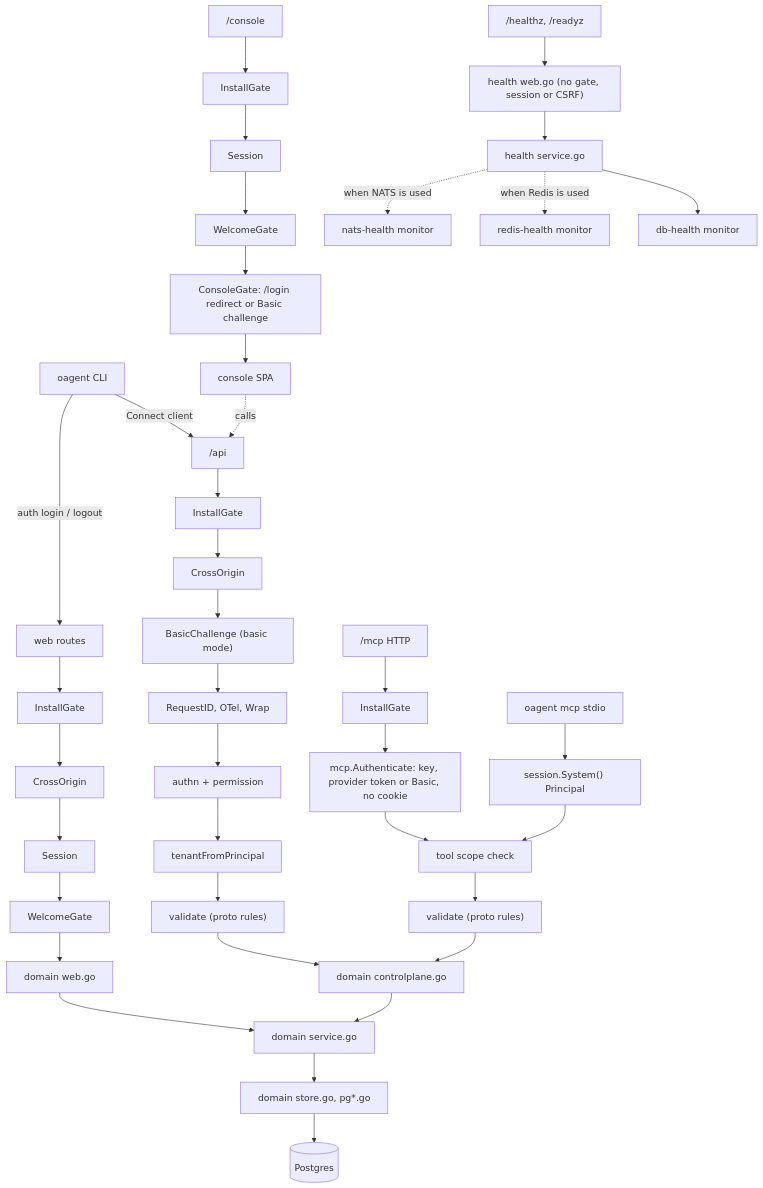
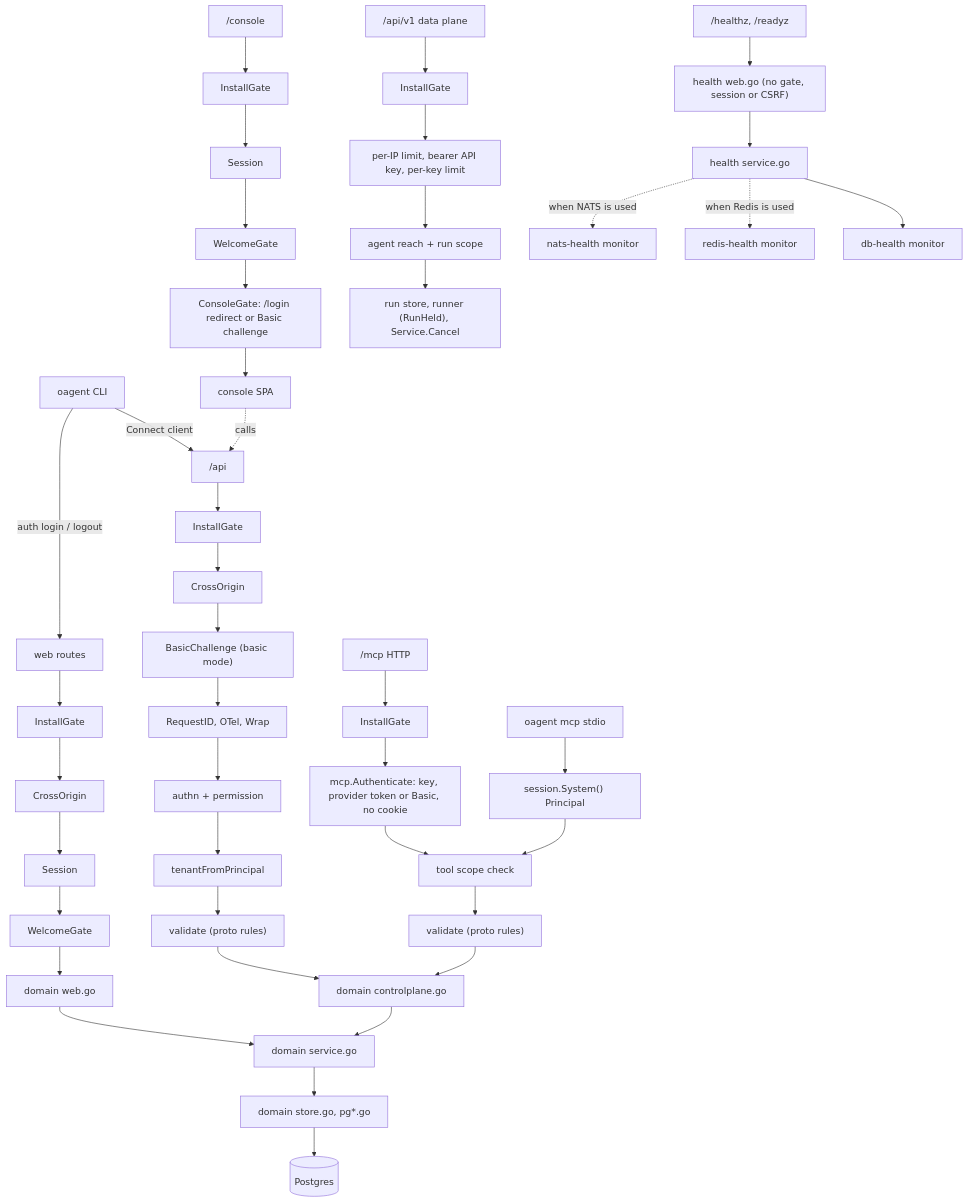
The second of 3 diagrams in internal/boot/README.md (altalune-id/oagent), drawn with Mermaid before and after one commit. The commit also changed other lines of this file and 159 other files, not shown here.

First line of the commit message:
feat(dataplane): stream agent turns over AG-UI SSE, add the thread viewer API and console (#69)

````diff
--- a/internal/boot/README.md
+++ b/internal/boot/README.md
@@ -49,18 +49,19 @@
 ```mermaid
 flowchart TD
     CLI["oagent CLI"] -- Connect client --> API
     CLI -- "auth login / logout" --> WEB
     API["/api"] --> G1[InstallGate] --> C1[CrossOrigin] --> B1["BasicChallenge (basic mode)"] --> I1["RequestID, OTel, Wrap"] --> I2["authn + permission"] --> I3[tenantFromPrincipal] --> V1["validate (proto rules)"] --> DC
     WEB["web routes"] --> G2[InstallGate] --> C2[CrossOrigin] --> S2[Session] --> W2[WelcomeGate] --> DW
     CON["/console"] --> G3[InstallGate] --> S3[Session] --> W3[WelcomeGate] --> CG3["ConsoleGate: /login redirect or Basic challenge"] --> SPA[console SPA]
     SPA -. calls .-> API
     MCPH["/mcp HTTP"] --> G4[InstallGate] --> A4["mcp.Authenticate: key, provider token or Basic, no cookie"] --> T4["tool scope check"] --> V4["validate (proto rules)"] --> DC
     MCPS["oagent mcp stdio"] --> SYS["session.System() Principal"] --> T4
+    DP["/api/v1 data plane"] --> G5[InstallGate] --> L5["per-IP limit, bearer API key, per-key limit"] --> R5["agent reach + run scope"] --> RUN["run store, runner (RunHeld), Service.Cancel"]
     LB["/healthz, /readyz"] --> HW["health web.go (no gate, session or CSRF)"] --> HS["health service.go"] --> DBH["db-health monitor"]
     HS -. "when Redis is used" .-> RDH["redis-health monitor"]
     HS -. "when NATS is used" .-> NAH["nats-health monitor"]
 
     DC["domain controlplane.go"] --> SVC["domain service.go"]
     DW["domain web.go"] --> SVC
     SVC --> ST["domain store.go, pg*.go"] --> PG[(Postgres)]
 ```
````
